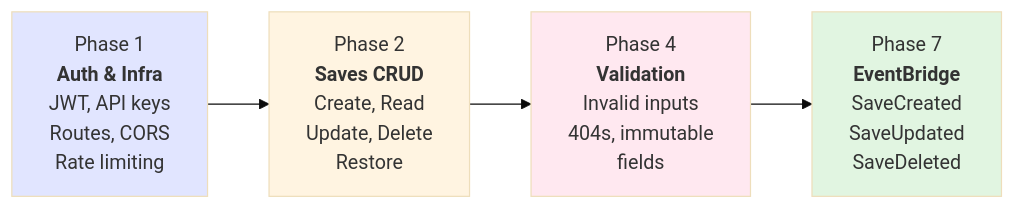
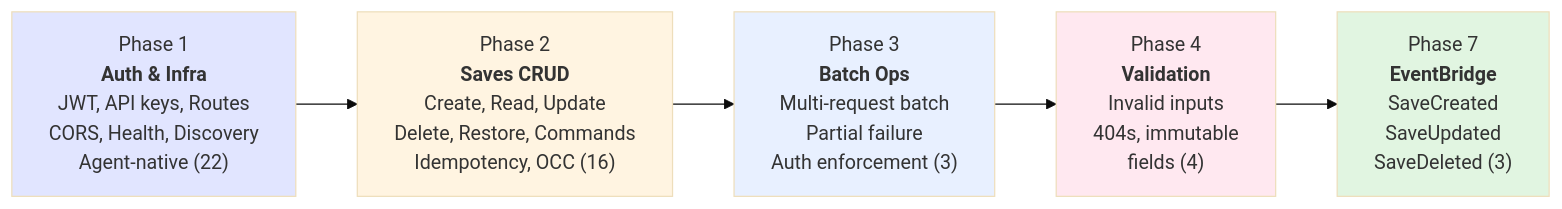
The first of 2 diagrams in docs/smoke-test-how-it-works.md (cirruslycurious/ai-learning-hub), drawn with Mermaid (base theme) before and after one commit. The commit also changed other lines of this file and 5 other files, not shown here.

First line of the commit message:
docs: update smoke test docs to 48 scenarios, add architecture layer docs

````diff
--- a/docs/smoke-test-how-it-works.md
+++ b/docs/smoke-test-how-it-works.md
@@ -29,15 +29,18 @@
 ```mermaid
 flowchart LR
-    P1["Phase 1<br/><b>Auth & Infra</b><br/>JWT, API keys<br/>Routes, CORS<br/>Rate limiting"] --> P2
+    P1["Phase 1<br/><b>Auth & Infra</b><br/>JWT, API keys, Routes<br/>CORS, Health, Discovery<br/>Agent-native (22)"] --> P2
 
-    P2["Phase 2<br/><b>Saves CRUD</b><br/>Create, Read<br/>Update, Delete<br/>Restore"] --> P4
+    P2["Phase 2<br/><b>Saves CRUD</b><br/>Create, Read, Update<br/>Delete, Restore, Commands<br/>Idempotency, OCC (16)"] --> P3
 
-    P4["Phase 4<br/><b>Validation</b><br/>Invalid inputs<br/>404s, immutable<br/>fields"] --> P7
+    P3["Phase 3<br/><b>Batch Ops</b><br/>Multi-request batch<br/>Partial failure<br/>Auth enforcement (3)"] --> P4
 
-    P7["Phase 7<br/><b>EventBridge</b><br/>SaveCreated<br/>SaveUpdated<br/>SaveDeleted"]
+    P4["Phase 4<br/><b>Validation</b><br/>Invalid inputs<br/>404s, immutable<br/>fields (4)"] --> P7
+
+    P7["Phase 7<br/><b>EventBridge</b><br/>SaveCreated<br/>SaveUpdated<br/>SaveDeleted (3)"]
 
     style P1 fill:#e1e5ff
     style P2 fill:#fff4e1
+    style P3 fill:#e8f0ff
     style P4 fill:#ffe8f0
     style P7 fill:#e1f5e1
 ```
````
